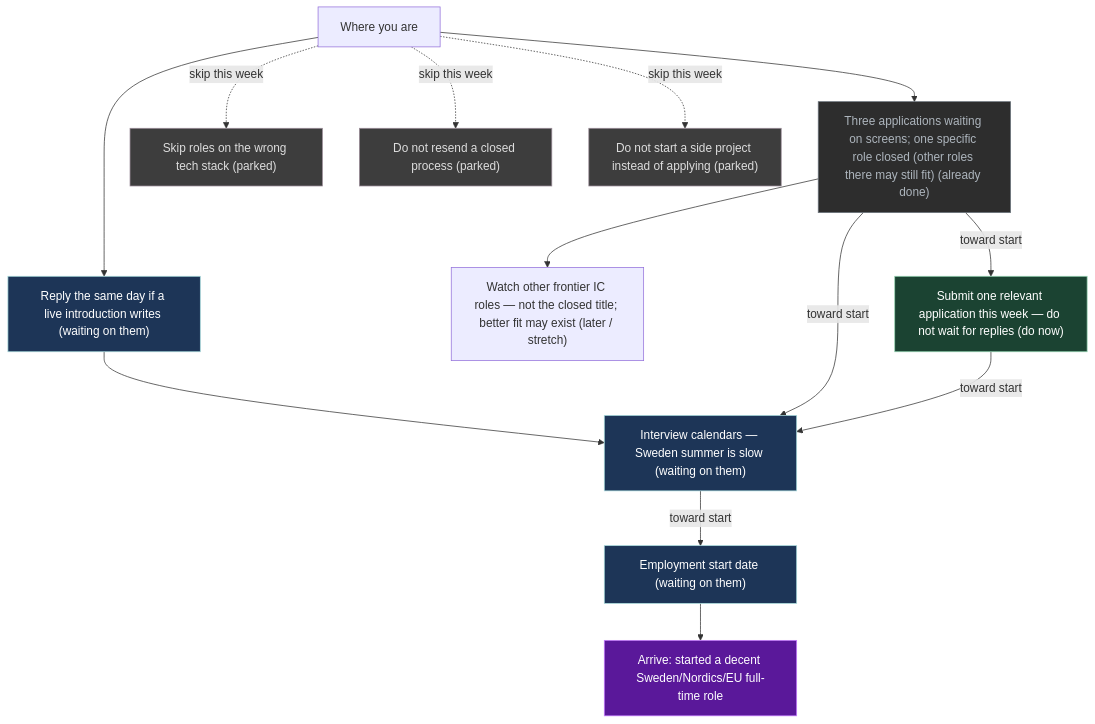
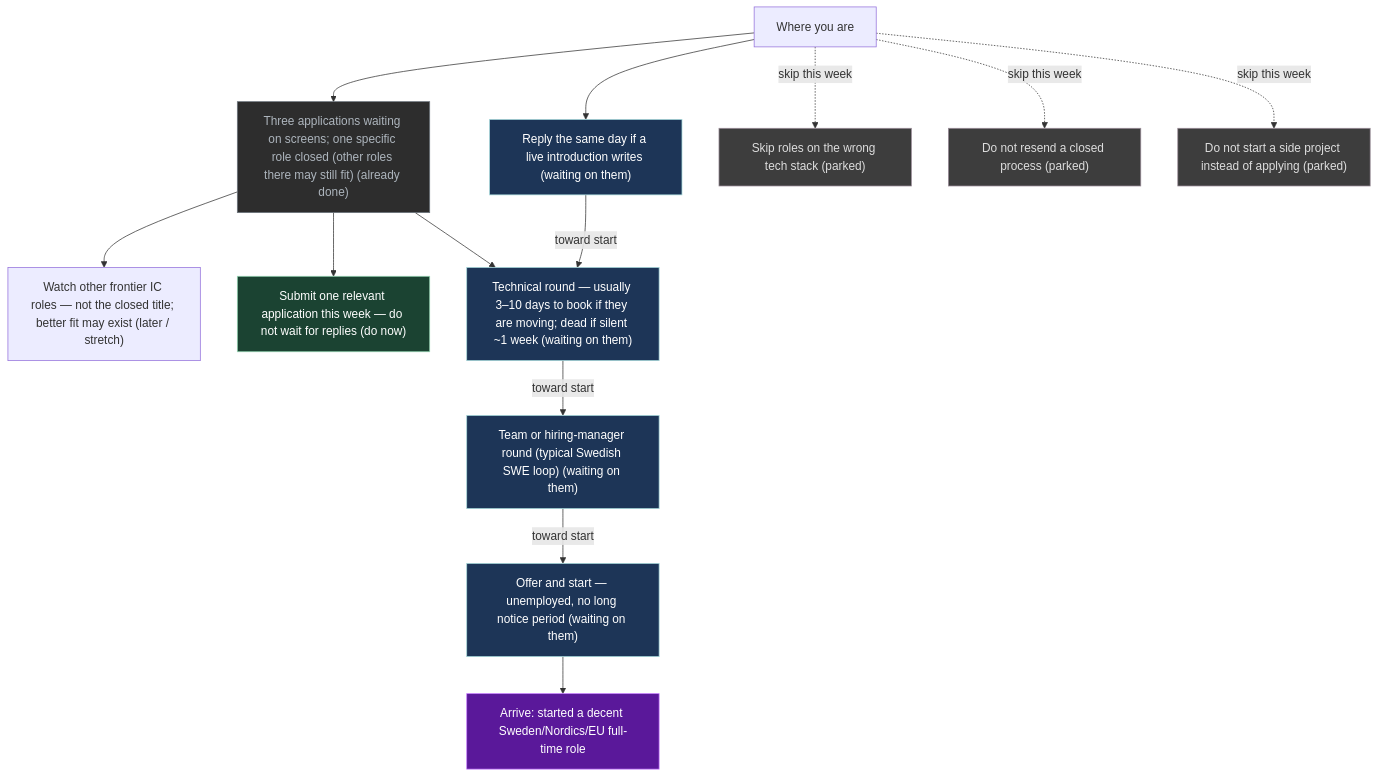
One commit to p10ns11y/life-os changed the diagram in UI/Mission.md. Above: the diagram before and after it, drawn with Mermaid. The commit also changed other lines of this file, not shown here.

Commit message:
docs(ui): realistic Sweden interview weeks on the live thread

````diff
--- a/UI/Mission.md
+++ b/UI/Mission.md
@@ -56,36 +63,37 @@
 ```mermaid
 flowchart TB
   x["Where you are"]
   G["Arrive: started a decent Sweden/Nordics/EU full-time role"]
   S0["Reply the same day if a live introduction writes (waiting on them)"]
   S1["Three applications waiting on screens; one specific role closed (other roles there may still fit) (already done)"]
   S2["Watch other frontier IC roles — not the closed title; better fit may exist (later / stretch)"]
   S3["Submit one relevant application this week — do not wait for replies (do now)"]
-  S4["Interview calendars — Sweden summer is slow (waiting on them)"]
-  S5["Employment start date (waiting on them)"]
+  S4["Technical round — usually 3–10 days to book if they are moving; dead if silent ~1 week (waiting on them)"]
+  S4b["Team or hiring-manager round (typical Swedish SWE loop) (waiting on them)"]
+  S5["Offer and start — unemployed, no long notice period (waiting on them)"]
   P1["Skip roles on the wrong tech stack (parked)"]
   P2["Do not resend a closed process (parked)"]
   P3["Do not start a side project instead of applying (parked)"]
   x --> S0
   x --> S1
   S1 --> S2
-  S1 -->|"toward start"| S3
-  S0 --> S4
-  S1 -->|"toward start"| S4
-  S3 -->|"toward start"| S4
-  S4 -->|"toward start"| S5
+  S1 --> S3
+  S0 -->|"toward start"| S4
+  S1 --> S4
+  S4 -->|"toward start"| S4b
+  S4b -->|"toward start"| S5
   x -.->|"skip this week"| P1
   x -.->|"skip this week"| P2
   x -.->|"skip this week"| P3
   S5 --> G
   classDef do fill:#1b4332,stroke:#95d5b2,color:#fff
   classDef wait fill:#1d3557,stroke:#a8dadc,color:#fff
   classDef park fill:#3d3d3d,stroke:#9a8c98,color:#ddd
   classDef done fill:#2d2d2d,stroke:#6c757d,color:#adb5bd
   classDef goal fill:#5a189a,stroke:#c77dff,color:#fff
   class G goal
   class S3 do
-  class S0,S4,S5 wait
+  class S0,S4,S4b,S5 wait
   class P1,P2,P3 park
   class S1 done
 ```
````
